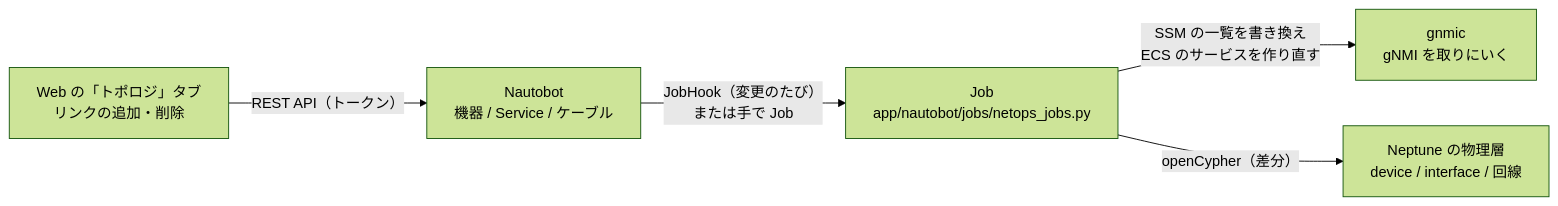
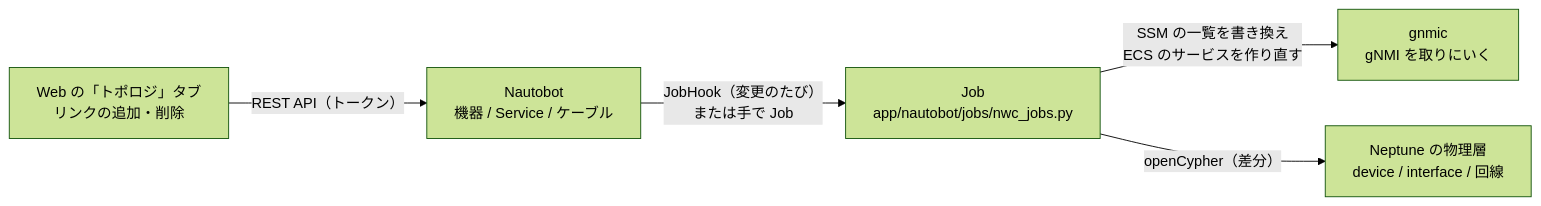
Before and after one commit to eddie-eights/nwc-poc: the second of 2 diagrams in docs/pipeline.md, drawn with Mermaid (forest theme). The commit also changed other lines of this file and 24 other files, not shown here.

First line of the commit message:
netops の名前を nwc に揃える（019）: tests と docs

````diff
--- a/docs/pipeline.md
+++ b/docs/pipeline.md
@@ -384,7 +384,7 @@
 ```mermaid
 flowchart LR
   W["Web の「トポロジ」タブ<br/>リンクの追加・削除"] -->|"REST API（トークン）"| U
-  U["Nautobot<br/>機器 / Service / ケーブル"] -->|"JobHook（変更のたび）<br/>または手で Job"| J["Job<br/>app/nautobot/jobs/netops_jobs.py"]
+  U["Nautobot<br/>機器 / Service / ケーブル"] -->|"JobHook（変更のたび）<br/>または手で Job"| J["Job<br/>app/nautobot/jobs/nwc_jobs.py"]
   J -->|"SSM の一覧を書き換え<br/>ECS のサービスを作り直す"| T["gnmic<br/>gNMI を取りにいく"]
   J -->|"openCypher（差分）"| N["Neptune の物理層<br/>device / interface / 回線"]
 ```
````
